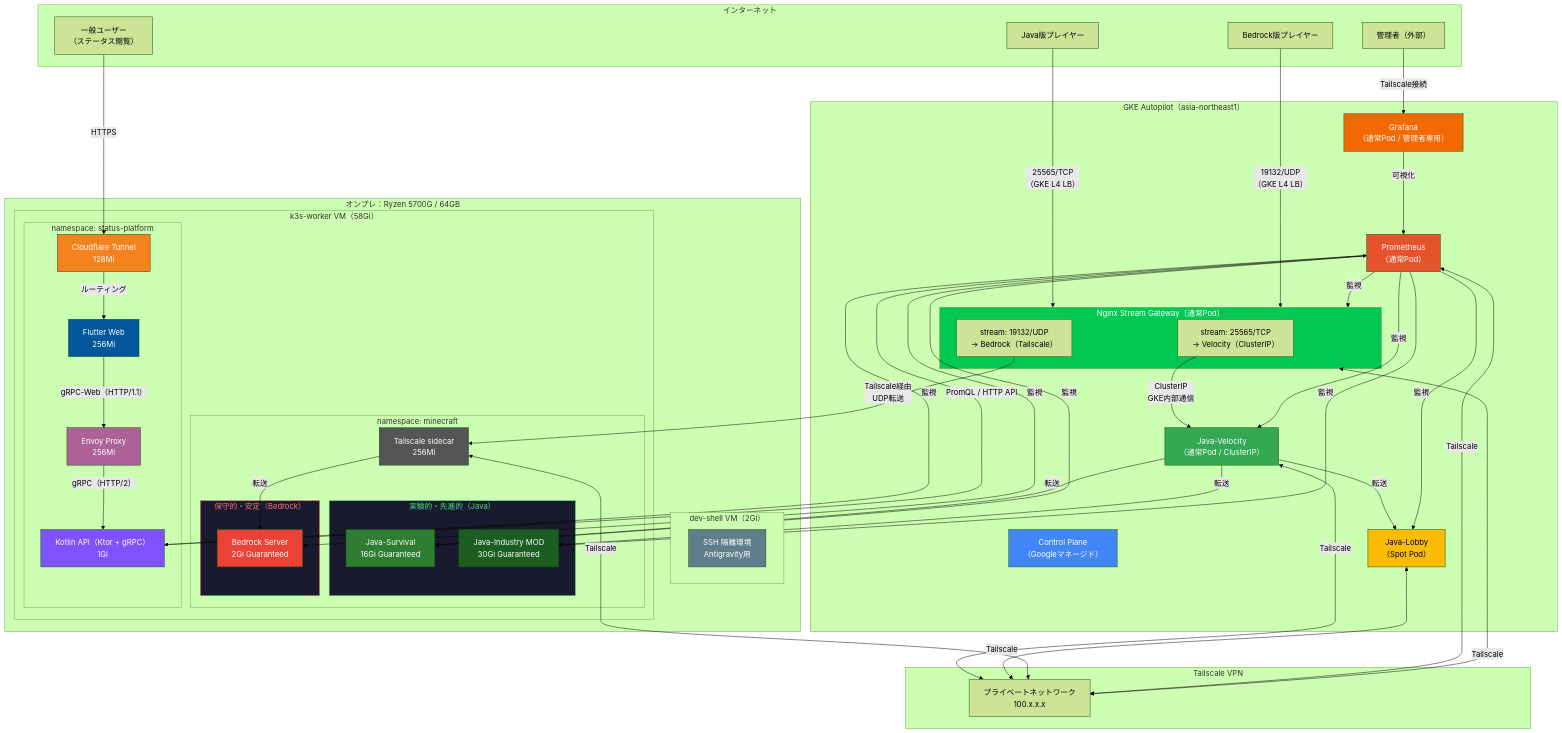
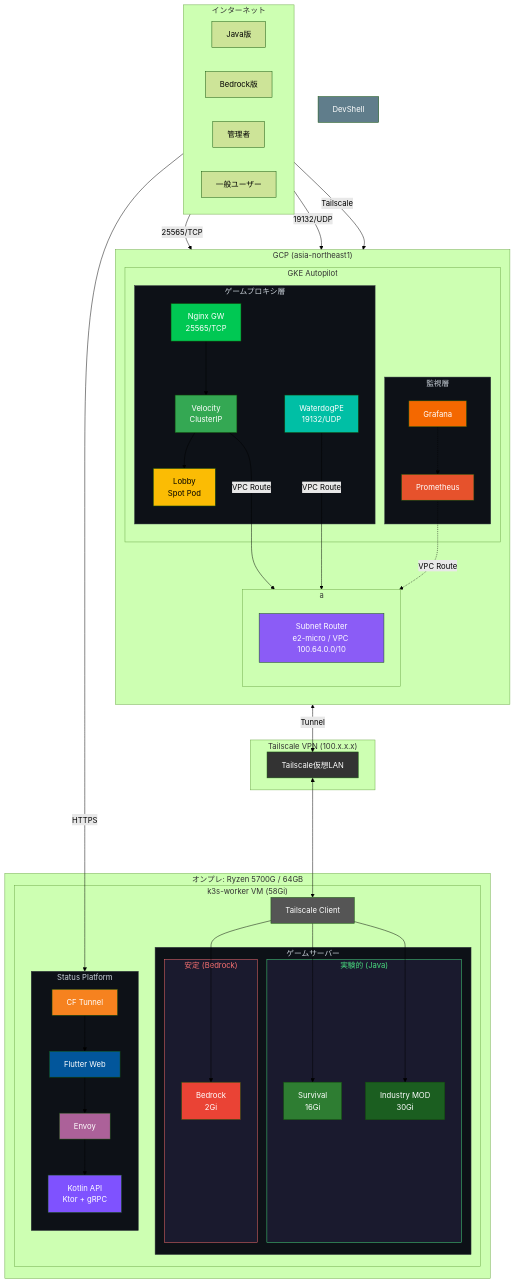
One commit to Tagomori0211/Minecraft-on-Kubenates changed the second of 3 diagrams in README.md. Above: the diagram before and after it, drawn with Mermaid (forest theme). The commit also changed 1 other file, not shown here.

Commit message:
readme and infra mermaid fix

````diff
--- a/README.md
+++ b/README.md
@@ -47,111 +47,115 @@
 ```mermaid
-graph TB
+flowchart TB
     subgraph Internet["インターネット"]
-        Player_Java["Java版プレイヤー"]
-        Player_Bedrock["Bedrock版プレイヤー"]
-        Admin["管理者（外部）"]
-        User["一般ユーザー<br/>（ステータス閲覧）"]
+        direction LR
+        Player_Java["Java版"]
+        Player_Bedrock["Bedrock版"]
+        Admin["管理者"]
+        User["一般ユーザー"]
     end
 
-    subgraph GKE["GKE Autopilot（asia-northeast1）"]
-        CP["Control Plane<br/>（Googleマネージド）"]
-
-        subgraph GW["Nginx Stream Gateway（通常Pod）"]
-            Nginx_TCP["stream: 25565/TCP<br/>→ Velocity（ClusterIP）"]
-            Nginx_UDP["stream: 19132/UDP<br/>→ Bedrock（Tailscale）"]
+    subgraph GCP["GCP (asia-northeast1)"]
+        direction TB
+        
+        subgraph GKE["GKE Autopilot"]
+            subgraph MonPods["監視層"]
+                Prometheus["Prometheus"]
+                Grafana["Grafana"]
+            end
+            subgraph GamePods["ゲームプロキシ層"]
+                GW["Nginx GW<br/>25565/TCP"]
+                WaterdogPE["WaterdogPE<br/>19132/UDP"]
+                Velocity["Velocity<br/>ClusterIP"]
+                Lobby["Lobby<br/>Spot Pod"]
+            end
+            
         end
-
-        Velocity["Java-Velocity<br/>（通常Pod / ClusterIP）"]
-        Lobby["Java-Lobby<br/>（Spot Pod）"]
-        Prometheus["Prometheus<br/>（通常Pod）"]
-        Grafana["Grafana<br/>（通常Pod / 管理者専用）"]
-    end
-
-    subgraph Tailscale["Tailscale VPN"]
-        TS_Network["プライベートネットワーク<br/>100.x.x.x"]
-    end
-
-    subgraph Onprem["オンプレ：Ryzen 5700G / 64GB"]
-        subgraph DevShell["dev-shell VM（2Gi）"]
-            SSH["SSH 隔離環境<br/>Antigravity用"]
-        end
-
-        subgraph Worker["k3s-worker VM（58Gi）"]
-            subgraph NS_MC["namespace: minecraft"]
-                subgraph Experimental["実験的・先進的（Java）"]
-                    Java_Survival["Java-Survival<br/>16Gi Guaranteed"]
-                    Java_Industry["Java-Industry MOD<br/>30Gi Guaranteed"]
-                end
-                subgraph Conservative["保守的・安定（Bedrock）"]
-                    Bedrock_Server["Bedrock Server<br/>2Gi Guaranteed"]
-                end
-                TS_Sidecar["Tailscale sidecar<br/>256Mi"]
-            end
-
-            subgraph NS_SP["namespace: status-platform"]
-                Kotlin_API["Kotlin API（Ktor + gRPC）<br/>1Gi"]
-                Flutter_Web["Flutter Web<br/>256Mi"]
-                Envoy["Envoy Proxy<br/>256Mi"]
-                CF_Tunnel["Cloudflare Tunnel<br/>128Mi"]
-            end
+        subgraph transform01["a"]
+        direction TB
+            SubnetRouter["Subnet Router<br/>e2-micro / VPC 100.64.0.0/10"]
         end
     end
 
-    %% --- プレイヤー接続 ---
-    Player_Java -->|"25565/TCP<br/>（GKE L4 LB）"| GW
-    Player_Bedrock -->|"19132/UDP<br/>（GKE L4 LB）"| GW
+    subgraph TS["Tailscale VPN (100.x.x.x)"]
+        TS_Net["Tailscale仮想LAN"]
+    end
 
-    Nginx_TCP -->|"ClusterIP<br/>GKE内部通信"| Velocity
-    Nginx_UDP -->|"Tailscale経由<br/>UDP転送"| TS_Sidecar
-    TS_Sidecar -->|転送| Bedrock_Server
+    subgraph Onprem["オンプレ: Ryzen 5700G / 64GB"]
+        subgraph Worker["k3s-worker VM (58Gi)"]
+            TS_K3s["Tailscale Client"]
+            subgraph GameServers["ゲームサーバー"]
+                subgraph Experimental["実験的 (Java)"]
+                    Java_Survival["Survival<br/>16Gi"]
+                    Java_Industry["Industry MOD<br/>30Gi"]
+                end
+                subgraph Conservative["安定 (Bedrock)"]
+                    Bedrock["Bedrock<br/>2Gi"]
+                end
+            end
+            subgraph SP["Status Platform"]
+                direction TB
+                CF_Tunnel["CF Tunnel"]
+                Flutter["Flutter Web"]
+                Envoy["Envoy"]
+                Kotlin["Kotlin API<br/>Ktor + gRPC"]
+            end
+        end
+        
+    end
 
-    Admin -->|Tailscale接続| Grafana
-    User -->|HTTPS| CF_Tunnel
+    %% === ゲームトラフィック ===
+    Player_Java -->|"25565/TCP"| GW
+    Player_Bedrock -->|"19132/UDP"| WaterdogPE
+    GW --> Velocity
+    Velocity --> Lobby
 
-    %% --- Status Platform ---
-    CF_Tunnel -->|ルーティング| Flutter_Web
-    Flutter_Web -->|"gRPC-Web（HTTP/1.1）"| Envoy
-    Envoy -->|"gRPC（HTTP/2）"| Kotlin_API
-    Kotlin_API -->|PromQL / HTTP API| Prometheus
+    %% === GKE → Tailscale → オンプレ ===
+    Velocity --->|"VPC Route"| SubnetRouter
+    WaterdogPE --->|"VPC Route"| SubnetRouter
+    TS_Net <--> TS_K3s
+    TS_K3s --> Java_Survival
+    TS_K3s --> Java_Industry
+    TS_K3s --> Bedrock
+    
+    SubnetRouter <-->|"Tunnel"| TS_Net
+    %% === Status Platform ===
+    User ------->|"HTTPS"| CF_Tunnel
+    direction TB
+    CF_Tunnel --> Flutter
+    Flutter --> Envoy
+    Envoy --> Kotlin
 
-    %% --- Tailscale メッシュ ---
-    Velocity <-->|Tailscale| TS_Network
-    Lobby <-->|Tailscale| TS_Network
-    GW <-->|Tailscale| TS_Network
-    TS_Sidecar <-->|Tailscale| TS_Network
-    Prometheus <-->|Tailscale| TS_Network
+    
 
-    %% --- Java サーバー転送 ---
-    Velocity -->|転送| Lobby
-    Velocity -->|転送| Java_Survival
-    Velocity -->|転送| Java_Industry
+    %% === 管理者・監視 ===
+    Admin -->|"Tailscale"| Grafana
+    Grafana -.-> Prometheus
+    Prometheus -.->|"VPC Route"| SubnetRouter
 
-    %% --- 監視 ---
-    Prometheus -->|監視| GW
-    Prometheus -->|監視| Velocity
-    Prometheus -->|監視| Lobby
-    Prometheus -->|監視| Java_Survival
-    Prometheus -->|監視| Java_Industry
-    Prometheus -->|監視| Bedrock_Server
-    Prometheus -->|監視| Kotlin_API
+    
 
-    Grafana -->|可視化| Prometheus
-
-    style CP fill:#4285f4,color:#fff
+    %% === スタイル ===
     style GW fill:#00C853,color:#fff
+    style WaterdogPE fill:#00BFA5,color:#fff
     style Velocity fill:#34a853,color:#fff
     style Lobby fill:#fbbc04,color:#000
-    style Bedrock_Server fill:#ea4335,color:#fff
+    style Prometheus fill:#e6522c,color:#fff
+    style Grafana fill:#f46800,color:#fff
+    style SubnetRouter fill:#8B5CF6,color:#fff
+    style TS_Net fill:#333,color:#fff
+    style TS_K3s fill:#555,color:#fff
     style Java_Survival fill:#2E7D32,color:#fff
     style Java_Industry fill:#1B5E20,color:#fff
-    style Prometheus fill:#e6522c,color:#fff
-    style Grafana fill:#f46800,color:#fff
-    style Kotlin_API fill:#7F52FF,color:#fff
-    style Flutter_Web fill:#02569B,color:#fff
+    style Bedrock fill:#ea4335,color:#fff
     style CF_Tunnel fill:#F6821F,color:#fff
+    style Flutter fill:#02569B,color:#fff
     style Envoy fill:#AC6199,color:#fff
-    style SSH fill:#607D8B,color:#fff
-    style TS_Sidecar fill:#555,color:#fff
+    style Kotlin fill:#7F52FF,color:#fff
+    style DevShell fill:#607D8B,color:#fff
+    style GamePods fill:#0d1117,color:#c9d1d9,stroke:#30363d
+    style MonPods fill:#0d1117,color:#c9d1d9,stroke:#30363d
+    style GameServers fill:#0d1117,color:#c9d1d9,stroke:#30363d
     style Experimental fill:#1a1a2e,color:#4ade80,stroke:#4ade80
     style Conservative fill:#1a1a2e,color:#f87171,stroke:#f87171
+    style SP fill:#0d1117,color:#c9d1d9,stroke:#30363d
 ```
````
